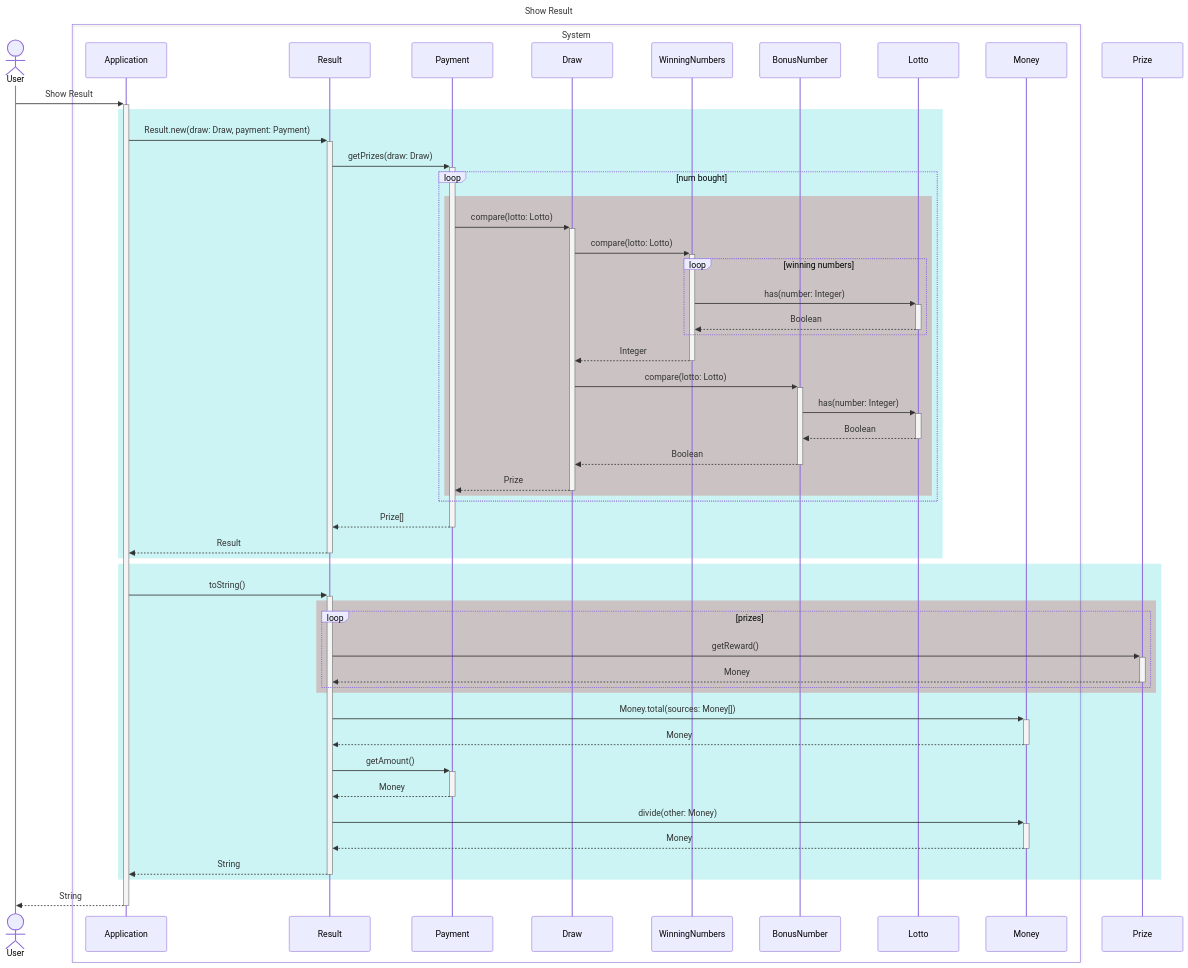
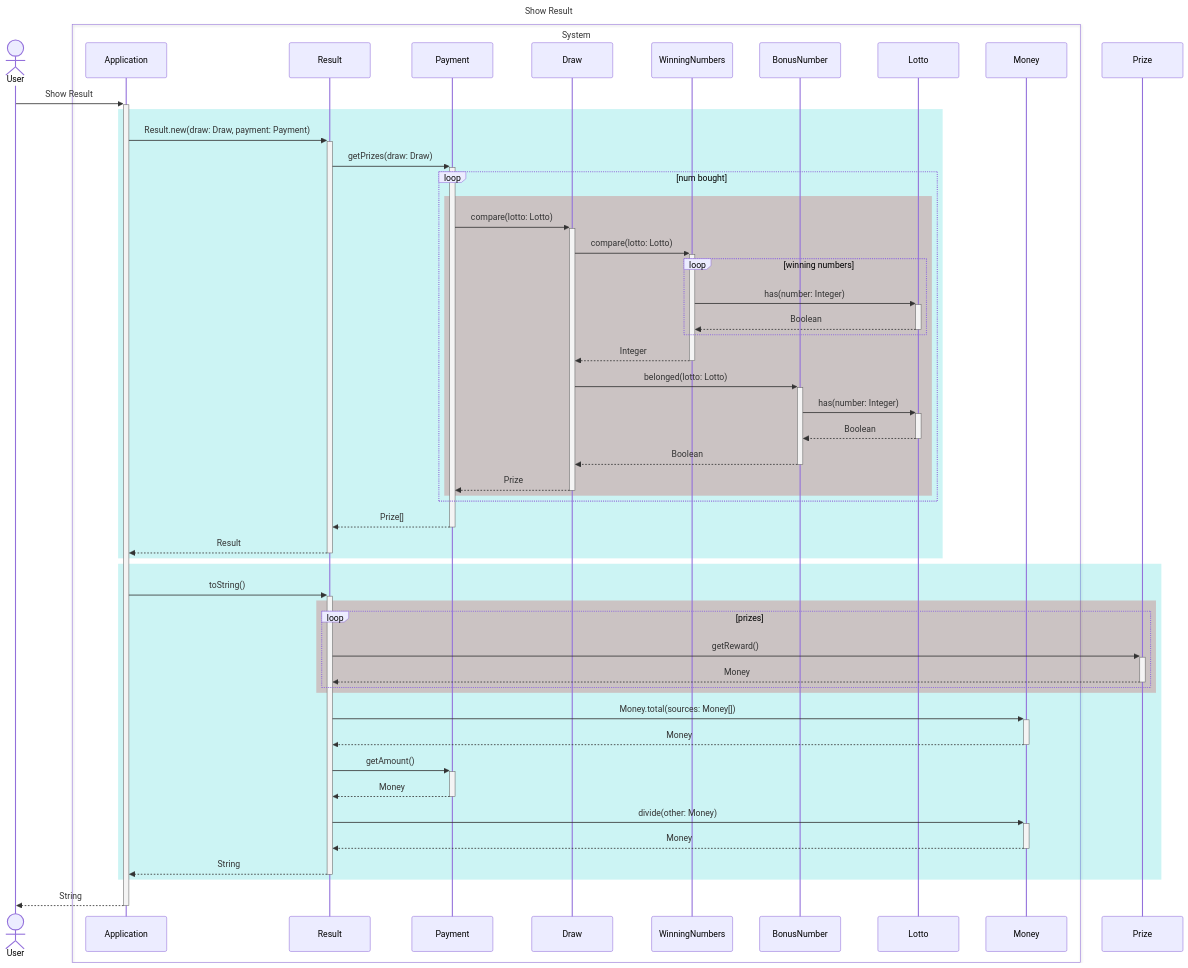
One commit to gdsc-konkuk/23-24_study_2nd_java-lotto-6 changed the fifth of 6 diagrams in docs/README.md. Above: the diagram before and after it, drawn with Mermaid. The commit also changed other lines of this file and 2 other files, not shown here.

Commit message:
feat: BonusNumber

````diff
--- a/docs/README.md
+++ b/docs/README.md
@@ -244,65 +244,65 @@
 ```mermaid
 ---
 title: Show Result
 ---
 sequenceDiagram
     actor User
     box System
         participant Application
         participant Result
         participant Payment
         participant Draw
         participant WinningNumbers
         participant BonusNumber
         participant Lotto
         participant Money
     end
 
     User ->>+ Application: Show Result
     rect rgb(0, 200, 200, 0.2)
         Application ->>+ Result: Result.new(draw: Draw, payment: Payment)
         Result ->>+ Payment: getPrizes(draw: Draw)
 
         loop num bought
             rect rgb(200, 0, 0, 0.2)
                 Payment ->>+ Draw: compare(lotto: Lotto)
                 Draw ->>+ WinningNumbers: compare(lotto: Lotto)
 
                 loop winning numbers
                     WinningNumbers ->>+ Lotto: has(number: Integer)
                     Lotto -->>- WinningNumbers: Boolean
                 end
 
                 WinningNumbers -->>- Draw: Integer
-                Draw ->>+ BonusNumber: compare(lotto: Lotto)
+                Draw ->>+ BonusNumber: belonged(lotto: Lotto)
                 BonusNumber ->>+ Lotto: has(number: Integer)
                 Lotto -->>- BonusNumber: Boolean
                 BonusNumber -->>- Draw: Boolean
                 Draw -->>- Payment: Prize
             end
         end
 
         Payment -->>- Result: Prize[]
         Result -->>- Application: Result
     end
 
     rect rgb(0, 200, 200, 0.2)
         Application ->>+ Result: toString()
 
         rect rgb(200, 0, 0, 0.2)
             loop prizes
                 Result ->>+ Prize: getReward()
                 Prize -->>- Result: Money
             end
         end
         Result ->>+ Money: Money.total(sources: Money[])
         Money -->>- Result: Money
         Result ->>+ Payment: getAmount()
         Payment -->>- Result: Money
         Result ->>+ Money: divide(other: Money)
         Money -->>- Result: Money
         Result -->>- Application: String
     end
 
     Application -->>- User: String
 ```
````
